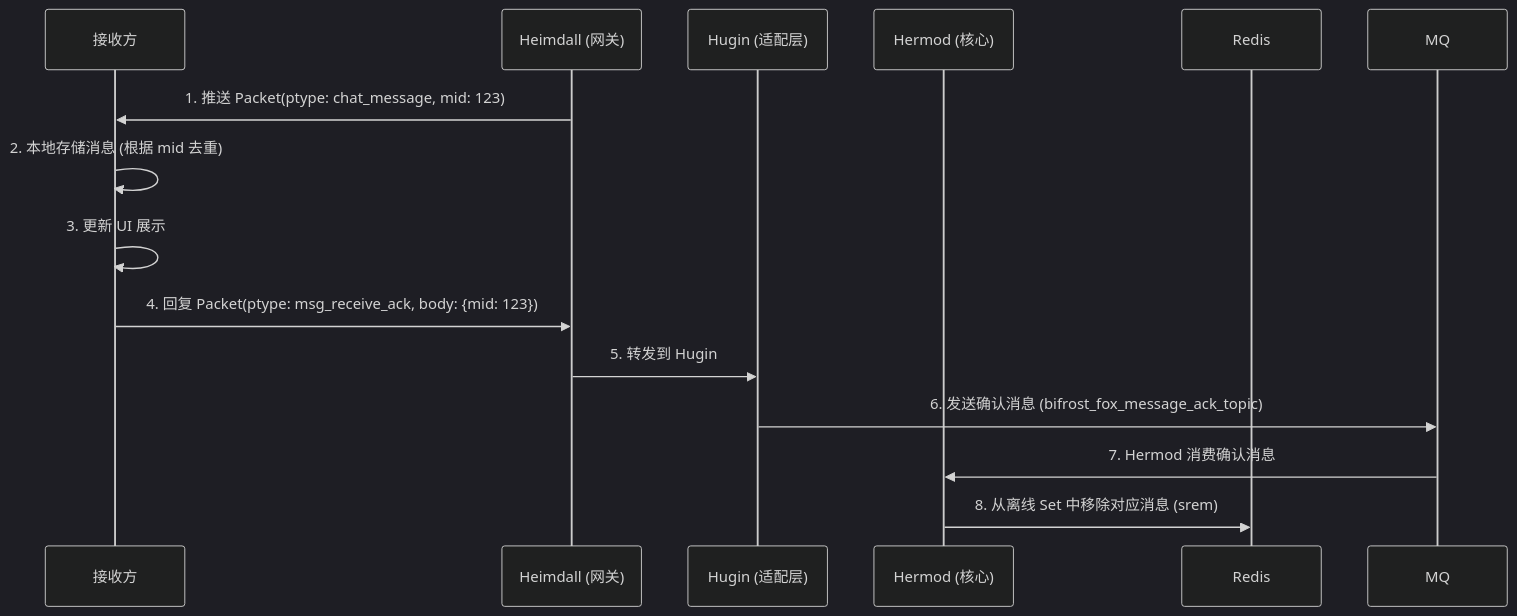
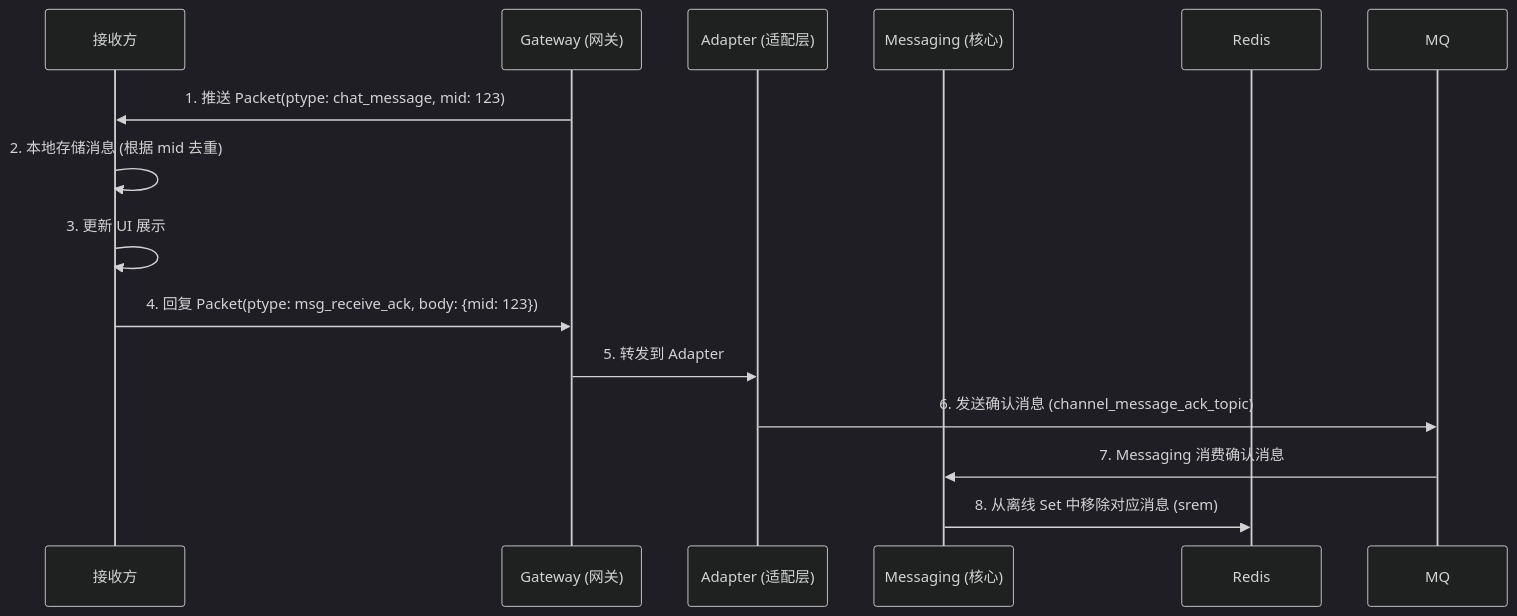
One commit to givingwu/bifrost-chat changed the fifth of 13 diagrams in specs/bifrost-client-integration-guide.md. Above: the diagram before and after it, drawn with Mermaid (dark theme). The commit also changed other lines of this file and 53 other files, not shown here.

````diff
--- a/specs/bifrost-client-integration-guide.md
+++ b/specs/bifrost-client-integration-guide.md
@@ -872,17 +872,17 @@
 ```mermaid
 sequenceDiagram
     participant CB as 接收方
-    participant H as Heimdall (网关)
-    participant HG as Hugin (适配层)
-    participant HM as Hermod (核心)
+    participant H as Gateway (网关)
+    participant HG as Adapter (适配层)
+    participant HM as Messaging (核心)
     participant R as Redis
 
     H->>CB: 1. 推送 Packet(ptype: chat_message, mid: 123)
     CB->>CB: 2. 本地存储消息 (根据 mid 去重)
     CB->>CB: 3. 更新 UI 展示
     CB->>H: 4. 回复 Packet(ptype: msg_receive_ack, body: {mid: 123})
-    H->>HG: 5. 转发到 Hugin
-    HG->>MQ: 6. 发送确认消息 (bifrost_fox_message_ack_topic)
-    MQ->>HM: 7. Hermod 消费确认消息
+    H->>HG: 5. 转发到 Adapter
+    HG->>MQ: 6. 发送确认消息 (channel_message_ack_topic)
+    MQ->>HM: 7. Messaging 消费确认消息
     HM->>R: 8. 从离线 Set 中移除对应消息 (srem)
 ```
````
